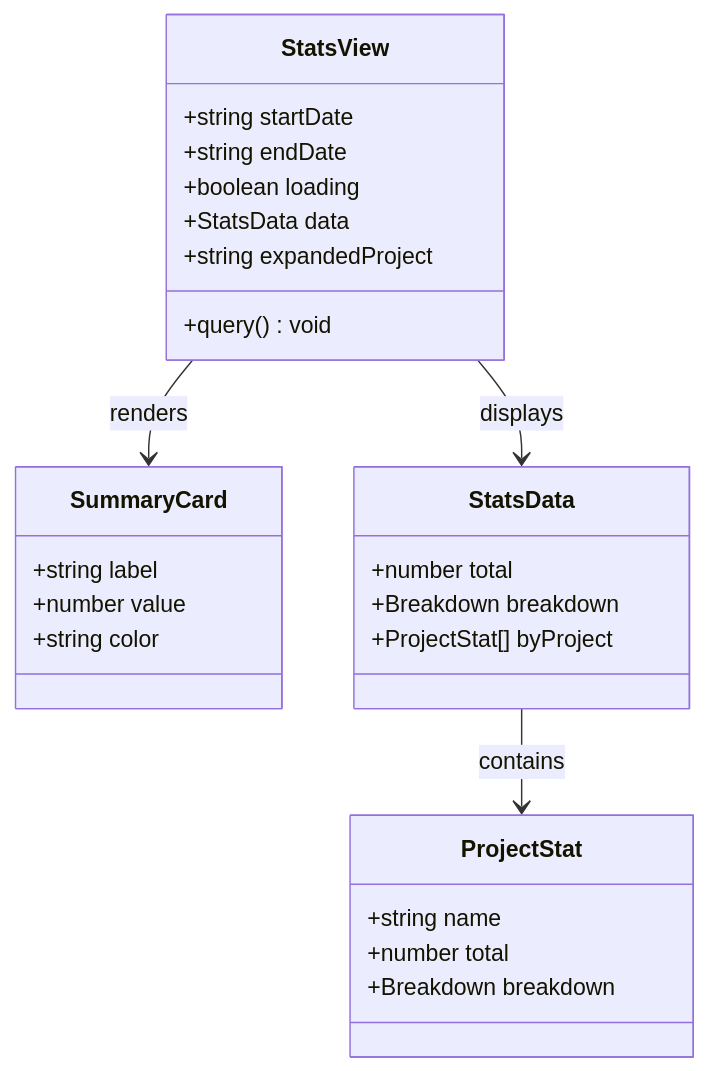
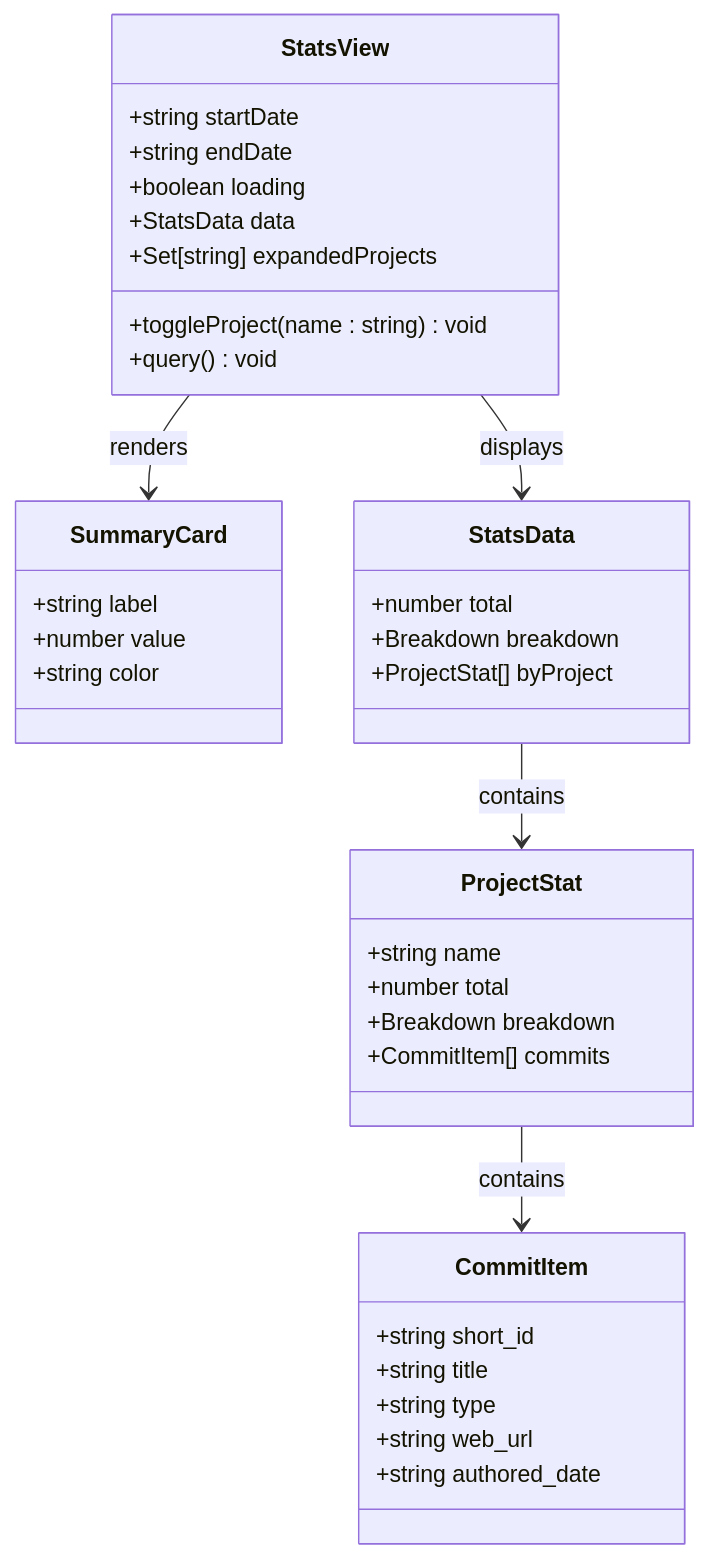
Before and after one commit to jrj444/git-daily: the third of 6 diagrams in .qoder/repowiki/en/content/Frontend Components/Commit Statistics Dashboard.md, drawn with Mermaid. The commit also changed other lines of this file and 14 other files, not shown here.

````diff
--- a/.qoder/repowiki/en/content/Frontend Components/Commit Statistics Dashboard.md
+++ b/.qoder/repowiki/en/content/Frontend Components/Commit Statistics Dashboard.md
@@ -144,29 +160,39 @@
 ```mermaid
 classDiagram
 class StatsView {
 +string startDate
 +string endDate
 +boolean loading
 +StatsData data
-+string expandedProject
++Set[string] expandedProjects
++toggleProject(name : string) void
 +query() void
 }
 class SummaryCard {
 +string label
 +number value
 +string color
 }
 class StatsData {
 +number total
 +Breakdown breakdown
 +ProjectStat[] byProject
 }
 class ProjectStat {
 +string name
 +number total
 +Breakdown breakdown
++CommitItem[] commits
+}
+class CommitItem {
++string short_id
++string title
++string type
++string web_url
++string authored_date
 }
 StatsView --> SummaryCard : renders
 StatsView --> StatsData : displays
 StatsData --> ProjectStat : contains
+ProjectStat --> CommitItem : contains
 ```
````
